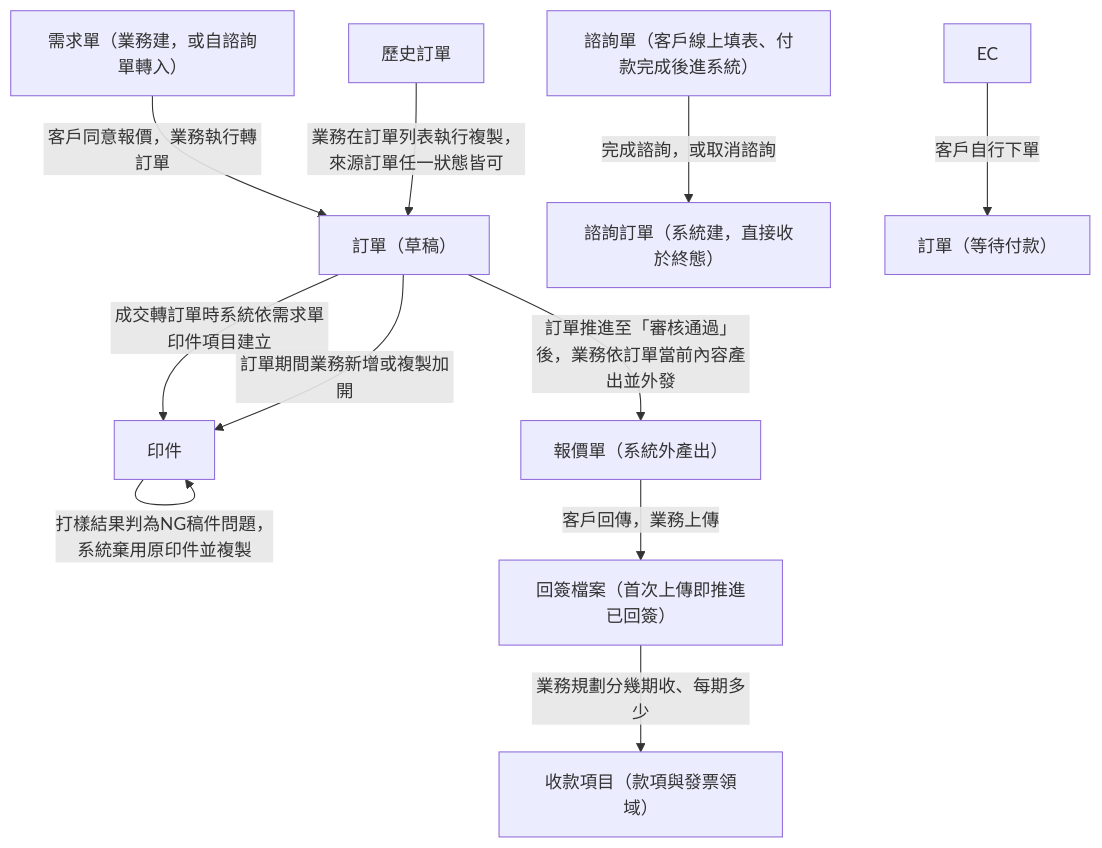
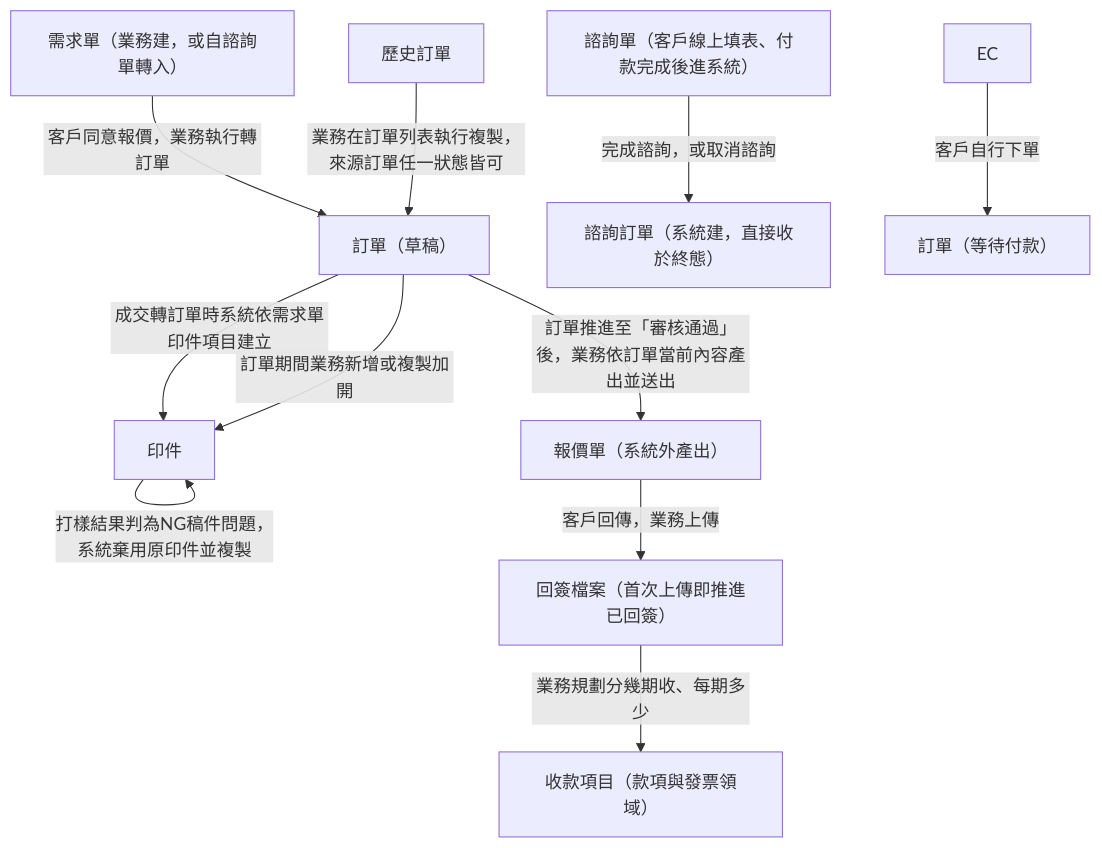
One commit to Kawato-Miles/erp-spec changed the second of 6 diagrams in memory/Sens_wiki/wiki/erp/05-entities/訂單領域資料結構總覽.md. Above: the diagram before and after it, drawn with Mermaid. The commit also changed 13 other files, not shown here.

````diff
--- a/memory/Sens_wiki/wiki/erp/05-entities/訂單領域資料結構總覽.md
+++ b/memory/Sens_wiki/wiki/erp/05-entities/訂單領域資料結構總覽.md
@@ -57,13 +57,13 @@
 ```mermaid
 flowchart TD
     A["需求單（業務建，或自諮詢單轉入）"] -->|"客戶同意報價，業務執行轉訂單"| B["訂單（草稿）"]
     C["諮詢單（客戶線上填表、付款完成後進系統）"] -->|"完成諮詢，或取消諮詢"| D["諮詢訂單（系統建，直接收於終態）"]
     E["EC"] -->|"客戶自行下單"| F["訂單（等待付款）"]
     G["歷史訂單"] -->|"業務在訂單列表執行複製，來源訂單任一狀態皆可"| B
     B -->|"成交轉訂單時系統依需求單印件項目建立"| H["印件"]
     B -->|"訂單期間業務新增或複製加開"| H
     H -->|"打樣結果判為NG稿件問題，系統棄用原印件並複製"| H
-    B -->|"訂單推進至「審核通過」後，業務依訂單當前內容產出並外發"| K["報價單（系統外產出）"]
+    B -->|"訂單推進至「審核通過」後，業務依訂單當前內容產出並送出"| K["報價單（系統外產出）"]
     K -->|"客戶回傳，業務上傳"| L["回簽檔案（首次上傳即推進已回簽）"]
     L -->|"業務規劃分幾期收、每期多少"| M["收款項目（款項與發票領域）"]
 ```
````
